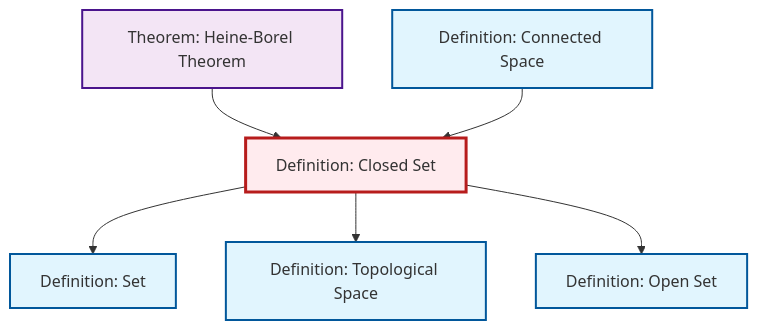
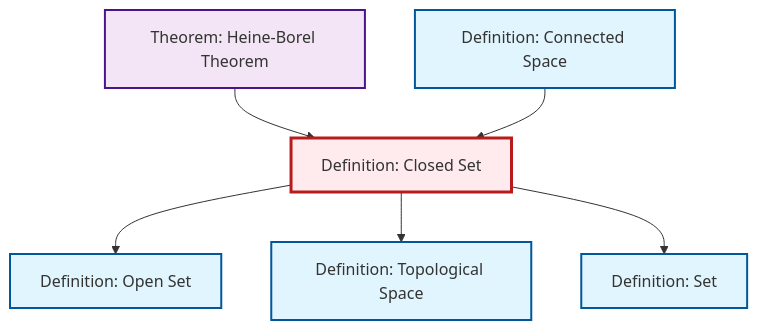
The diagram in content/en/topology/def-closed-set.qmd (RK0429/ModernMath), drawn with Mermaid before and after one commit. The commit also changed other lines of this file and 581 other files, not shown here.

````diff
--- a/content/en/topology/def-closed-set.qmd
+++ b/content/en/topology/def-closed-set.qmd
@@ -44,26 +44,26 @@
 ```{mermaid}
 %%| fig-cap: "Local dependency graph"
 graph TD
     classDef definition fill:#e1f5fe,stroke:#01579b,stroke-width:2px
     classDef theorem fill:#f3e5f5,stroke:#4a148c,stroke-width:2px
     classDef axiom fill:#fff3e0,stroke:#e65100,stroke-width:2px
     classDef example fill:#e8f5e9,stroke:#1b5e20,stroke-width:2px
     classDef current fill:#ffebee,stroke:#b71c1c,stroke-width:3px
+    def-connected["Definition: Connected Space"]:::definition
+    def-closed-set["Definition: Closed Set"]:::definition
     thm-heine-borel["Theorem: Heine-Borel Theorem"]:::theorem
-    def-connected["Definition: Connected Space"]:::definition
     def-open-set["Definition: Open Set"]:::definition
-    def-closed-set["Definition: Closed Set"]:::definition
     def-topological-space["Definition: Topological Space"]:::definition
     def-set["Definition: Set"]:::definition
+    def-closed-set --> def-open-set
     thm-heine-borel --> def-closed-set
-    def-closed-set --> def-set
     def-connected --> def-closed-set
     def-closed-set --> def-topological-space
-    def-closed-set --> def-open-set
+    def-closed-set --> def-set
     class def-closed-set current
+    click def-connected "def-connected.html" "Go to Connected Space definition"
     click thm-heine-borel "thm-heine-borel.html" "Go to Heine-Borel Theorem theorem"
-    click def-connected "def-connected.html" "Go to Connected Space definition"
     click def-open-set "def-open-set.html" "Go to Open Set definition"
     click def-topological-space "def-topological-space.html" "Go to Topological Space definition"
     click def-set "def-set.html" "Go to Set definition"
 ```
````
